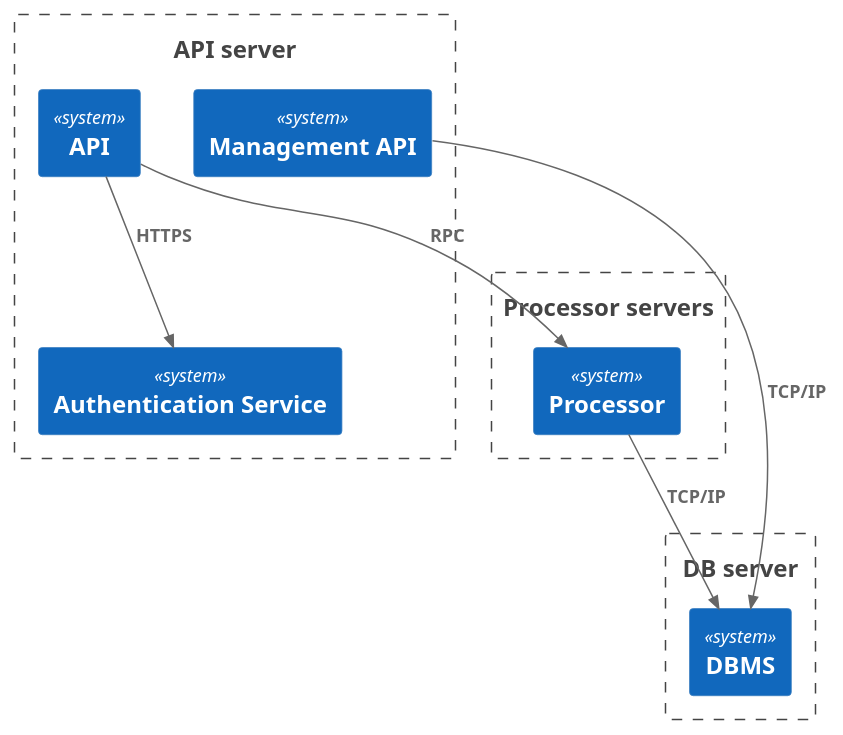
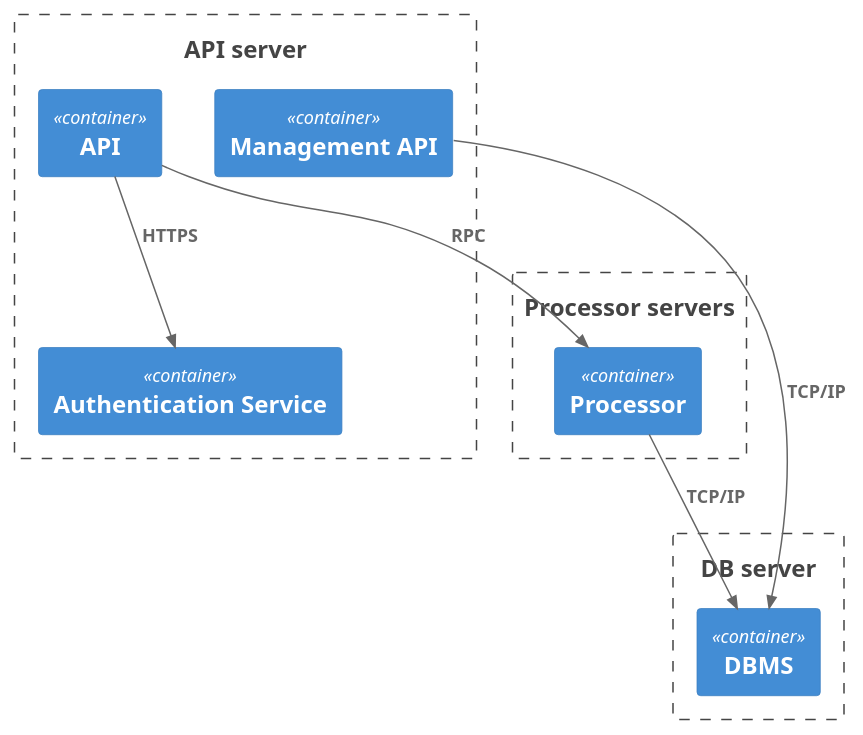
Before and after one commit to USI-MSDE-SA-2022/software-architecture-model-Annonymus-v02: diagram 29 of 29 in src/sa/model/index.md, drawn with PlantUML. The commit also changed other lines of this file, not shown here.

Commit message:
fixes to C4 diagrams

````diff
--- a/src/sa/model/index.md
+++ b/src/sa/model/index.md
@@ -1855,27 +1855,27 @@
 ```puml
 @startuml
 !include <C4/C4_Container>
 !include <C4/C4_Context>
 !include <C4/C4_Component>
 
 
 Boundary(front, "API server") {
-    System(api, "API")
-    System(adm_api, "Management API")
-    System(auth, "Authentication Service")
+    Container(api, "API", "")
+    Container(adm_api, "Management API", "")
+    Container(auth, "Authentication Service", "")
 }
 
 Boundary(mid, "Processor servers") {
-    System(proc, "Processor")
+    Container(proc, "Processor", "")
 }
 
 Boundary(back, "DB server") {
-    System(db, "DBMS")
+    Container(db, "DBMS", "")
 }
 
 Rel(adm_api, db, "TCP/IP")
 Rel(proc, db, "TCP/IP")
 Rel(api, proc, "RPC")
 Rel(api, auth, "HTTPS")
 @enduml
 ```
````
